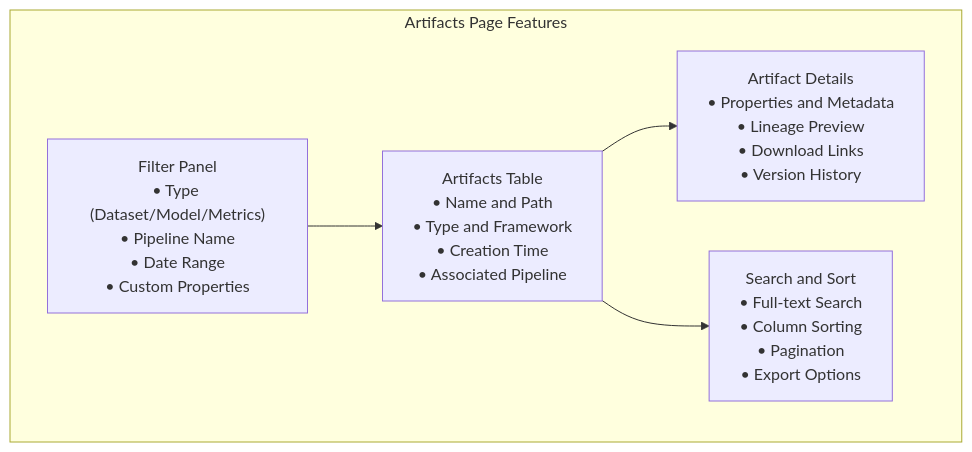
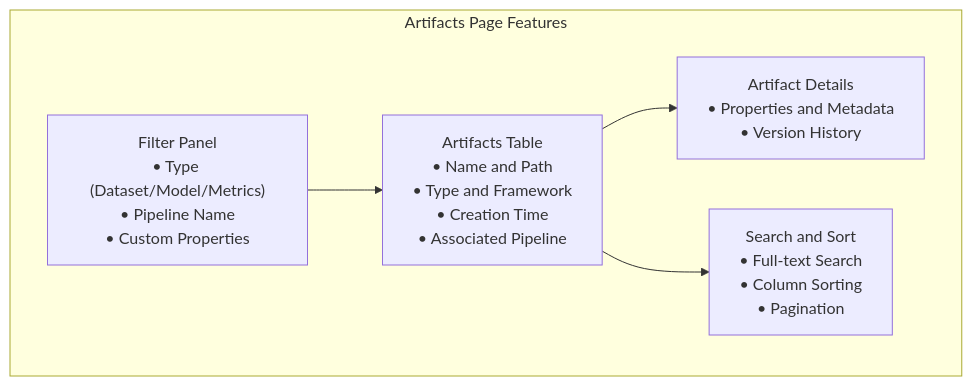
Before and after one commit to HewlettPackard/cmf: the first of 2 diagrams in docs/ui/index.md, drawn with Mermaid. The commit also changed other lines of this file, not shown here.

````diff
--- a/docs/ui/index.md
+++ b/docs/ui/index.md
@@ -13,13 +13,13 @@
 ```mermaid
 graph TB
     subgraph "Artifacts Page Features"
-        FILTER["Filter Panel<br/>• Type (Dataset/Model/Metrics)<br/>• Pipeline Name<br/>• Date Range<br/>• Custom Properties"]
+        FILTER["Filter Panel<br/>• Type (Dataset/Model/Metrics)<br/>• Pipeline Name<br/>• Custom Properties"]
         TABLE["Artifacts Table<br/>• Name and Path<br/>• Type and Framework<br/>• Creation Time<br/>• Associated Pipeline"]
-        DETAILS["Artifact Details<br/>• Properties and Metadata<br/>• Lineage Preview<br/>• Download Links<br/>• Version History"]
-        SEARCH["Search and Sort<br/>• Full-text Search<br/>• Column Sorting<br/>• Pagination<br/>• Export Options"]
+        DETAILS["Artifact Details<br/>• Properties and Metadata<br/>• Version History"]
+        SEARCH["Search and Sort<br/>• Full-text Search<br/>• Column Sorting<br/>• Pagination<br/>"]
     end
 
     FILTER --> TABLE
     TABLE --> DETAILS
     TABLE --> SEARCH
 ```
````
